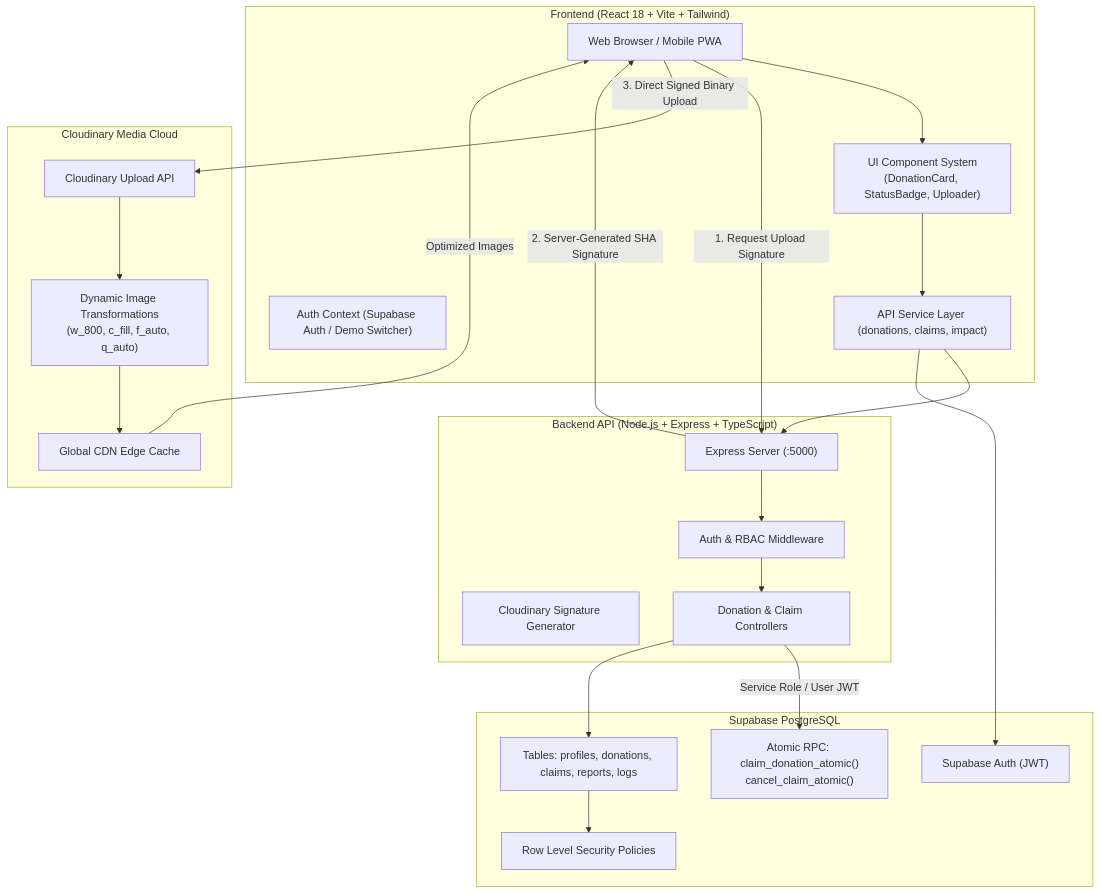
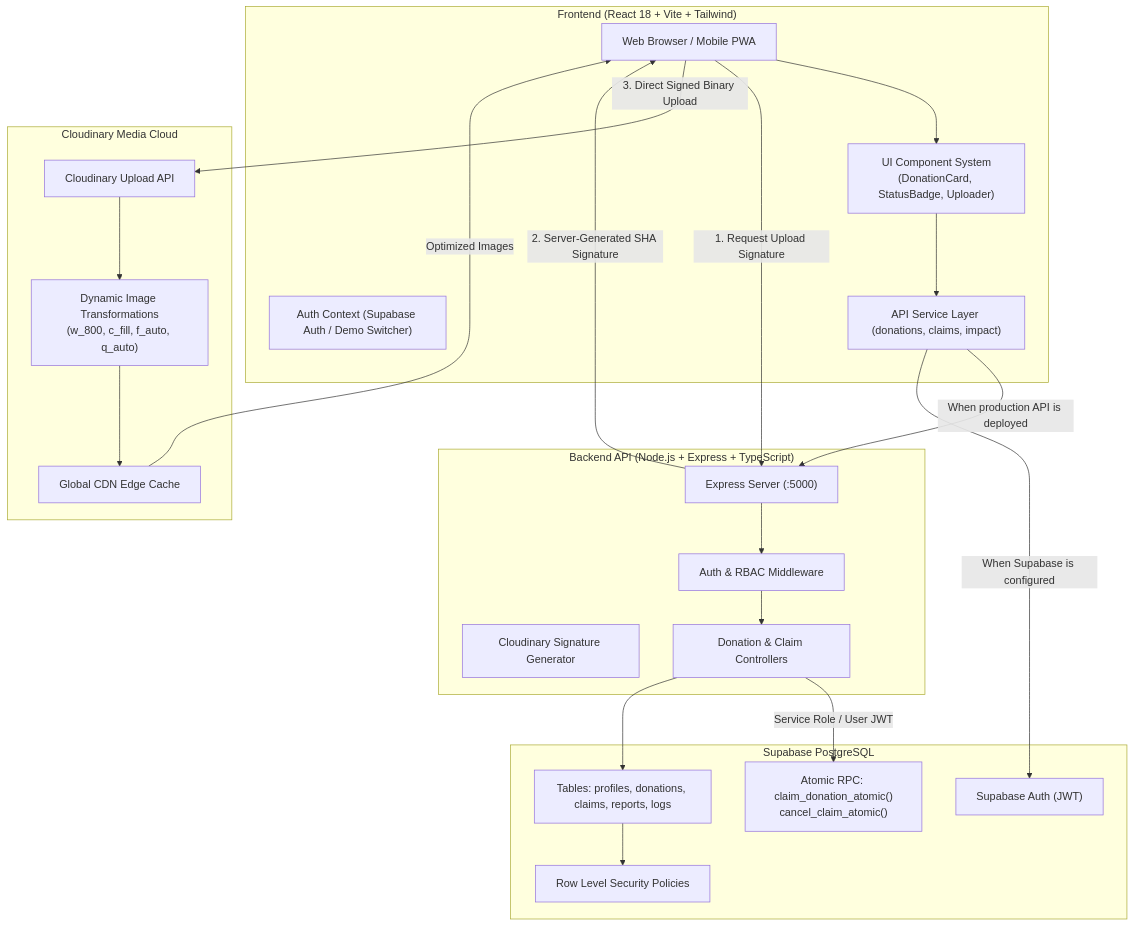
Before and after one commit to pratitdedhia/SharePlate: the diagram in docs/architecture.md, drawn with Mermaid. The commit also changed other lines of this file and 56 other files, not shown here.

````diff
--- a/docs/architecture.md
+++ b/docs/architecture.md
@@ -24,49 +28,49 @@
 ```mermaid
 graph TD
     subgraph Client ["Frontend (React 18 + Vite + Tailwind)"]
         Browser["Web Browser / Mobile PWA"]
         UI["UI Component System<br/>(DonationCard, StatusBadge, Uploader)"]
         AuthCtx["Auth Context (Supabase Auth / Demo Switcher)"]
         ServiceLayer["API Service Layer (donations, claims, impact)"]
     end
 
     subgraph CDN ["Cloudinary Media Cloud"]
         CloudinaryAPI["Cloudinary Upload API"]
         TransformationEngine["Dynamic Image Transformations<br/>(w_800, c_fill, f_auto, q_auto)"]
         CDNEdge["Global CDN Edge Cache"]
     end
 
     subgraph Backend ["Backend API (Node.js + Express + TypeScript)"]
         ExpressApp["Express Server (:5000)"]
         AuthMiddleware["Auth & RBAC Middleware"]
         Signer["Cloudinary Signature Generator"]
         Controllers["Donation & Claim Controllers"]
     end
 
     subgraph Database ["Supabase PostgreSQL"]
         PgAuth["Supabase Auth (JWT)"]
         Tables["Tables: profiles, donations, claims, reports, logs"]
         RPC["Atomic RPC: claim_donation_atomic()<br/>cancel_claim_atomic()"]
         RLS["Row Level Security Policies"]
     end
 
     Browser --> UI
     UI --> ServiceLayer
-    ServiceLayer --> ExpressApp
-    ServiceLayer --> PgAuth
+    ServiceLayer -->|When production API is deployed| ExpressApp
+    ServiceLayer -->|When Supabase is configured| PgAuth
 
-    %% Direct Signed Upload Flow
+    %% Signed upload when the API is available; unsigned preset in the static demo
     Browser -->|1. Request Upload Signature| ExpressApp
     ExpressApp -->|2. Server-Generated SHA Signature| Browser
     Browser -->|3. Direct Signed Binary Upload| CloudinaryAPI
     CloudinaryAPI --> TransformationEngine
     TransformationEngine --> CDNEdge
 
     %% Core Data Flow
     ExpressApp --> AuthMiddleware
     AuthMiddleware --> Controllers
     Controllers -->|Service Role / User JWT| RPC
     Controllers --> Tables
     Tables --> RLS
     CDNEdge -->|Optimized Images| Browser
 ```
````
